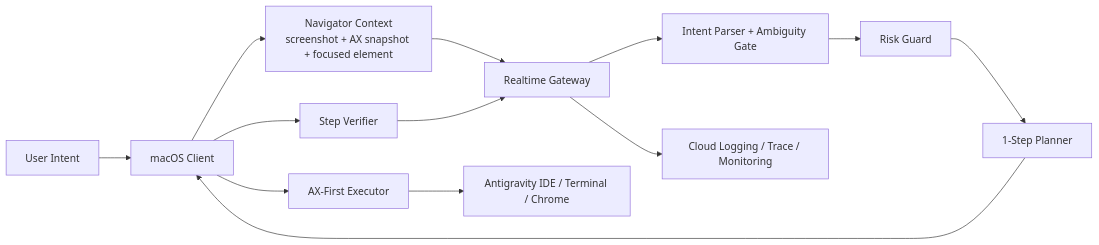
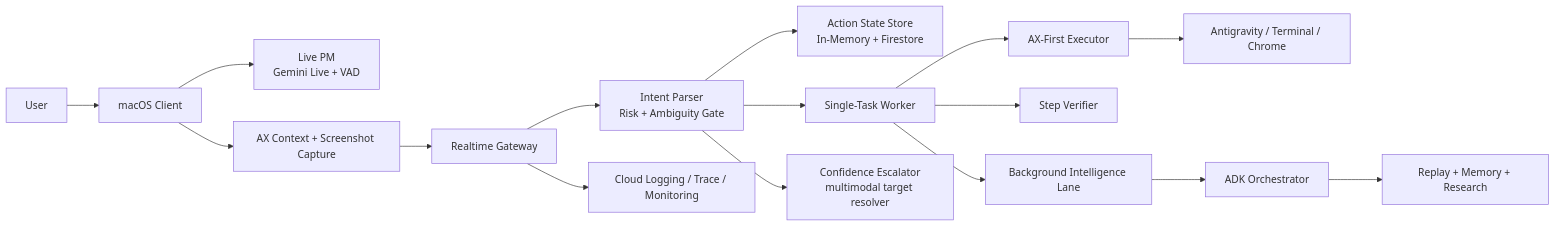
Before and after one commit to Two-Weeks-Team/vibeCat: the diagram in docs/FINAL_ARCHITECTURE.md, drawn with Mermaid. The commit also changed other lines of this file and 52 other files, not shown here.

````diff
--- a/docs/FINAL_ARCHITECTURE.md
+++ b/docs/FINAL_ARCHITECTURE.md
@@ -22,15 +22,18 @@
 ```mermaid
 flowchart LR
-    U["User Intent"] --> C["macOS Client"]
-    C --> S["Navigator Context<br/>screenshot + AX snapshot + focused element"]
-    S --> G["Realtime Gateway"]
-    G --> P["Intent Parser + Ambiguity Gate"]
-    P --> R["Risk Guard"]
-    R --> T["1-Step Planner"]
-    T --> C
-    C --> X["AX-First Executor"]
-    X --> A["Antigravity IDE / Terminal / Chrome"]
-    C --> V["Step Verifier"]
-    V --> G
-    G --> O["Cloud Logging / Trace / Monitoring"]
+    U["User"] --> C["macOS Client"]
+    C --> PM["Live PM<br/>Gemini Live + VAD"]
+    C --> AX["AX Context + Screenshot Capture"]
+    AX --> G["Realtime Gateway"]
+    G --> P["Intent Parser<br/>Risk + Ambiguity Gate"]
+    P --> S["Action State Store<br/>In-Memory + Firestore"]
+    P --> W["Single-Task Worker"]
+    W --> E["AX-First Executor"]
+    E --> A["Antigravity / Terminal / Chrome"]
+    W --> V["Step Verifier"]
+    P --> CE["Confidence Escalator<br/>multimodal target resolver"]
+    W --> BG["Background Intelligence Lane"]
+    BG --> O["ADK Orchestrator"]
+    O --> R["Replay + Memory + Research"]
+    G --> OBS["Cloud Logging / Trace / Monitoring"]
 ```
````
